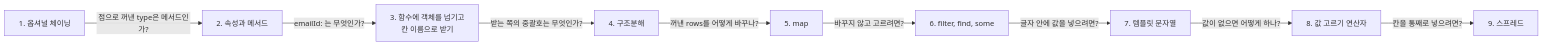
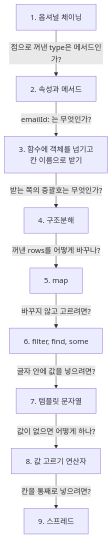
Before and after one commit to ChildrenAon/TIL: the second of 2 diagrams in 2026/November/11-07.md, drawn with Mermaid. The commit also changed 5 other files, not shown here.

````diff
--- a/2026/November/11-07.md
+++ b/2026/November/11-07.md
@@ -132,11 +132,11 @@
 ```mermaid
-flowchart LR
+flowchart TD
   A["1. 옵셔널 체이닝"] -->|"점으로 꺼낸 type은 메서드인가?"| B["2. 속성과 메서드"]
   B -->|"emailId: 는 무엇인가?"| C["3. 함수에 객체를 넘기고<br/>칸 이름으로 받기"]
   C -->|"받는 쪽의 중괄호는 무엇인가?"| D["4. 구조분해"]
   D -->|"꺼낸 rows를 어떻게 바꾸나?"| E["5. map"]
   E -->|"바꾸지 않고 고르려면?"| F["6. filter, find, some"]
   F -->|"글자 안에 값을 넣으려면?"| G["7. 템플릿 문자열"]
   G -->|"값이 없으면 어떻게 하나?"| H["8. 값 고르기 연산자"]
   H -->|"칸을 통째로 넣으려면?"| I["9. 스프레드"]
 ```
````
